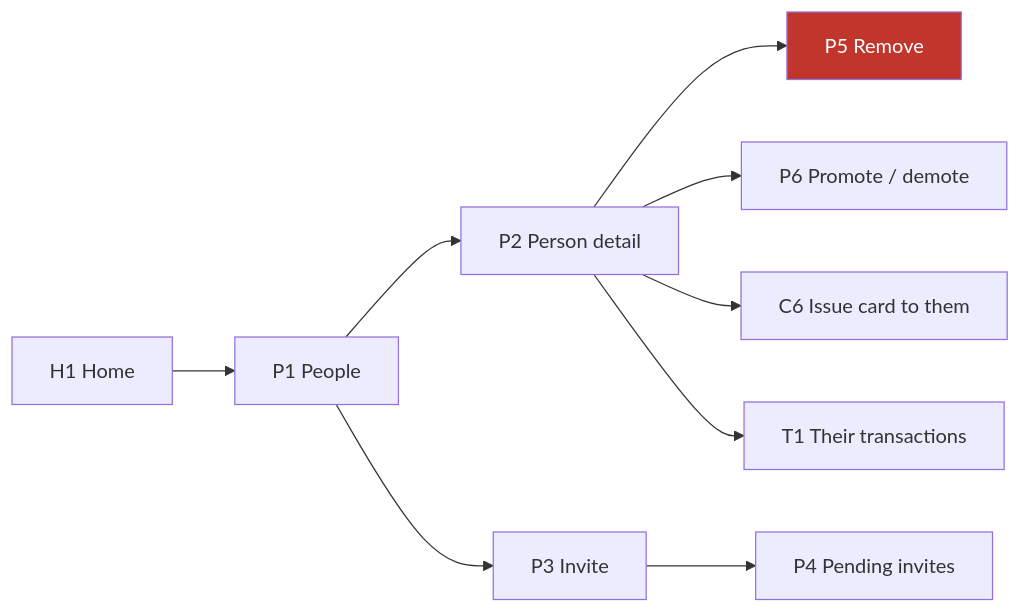
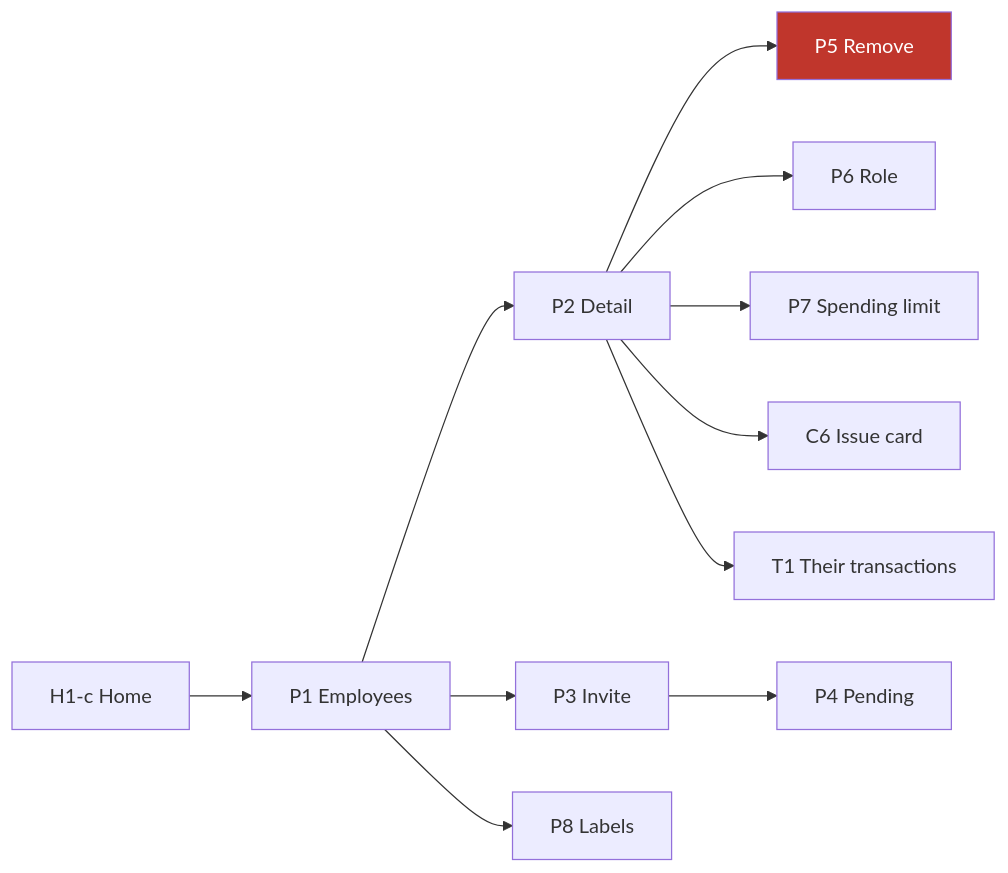
One commit to yr08ii/card-management-app changed the sixth of 10 diagrams in docs/Screens-and-flows.md. Above: the diagram before and after it, drawn with Mermaid. The commit also changed other lines of this file and 1 other file, not shown here.

First line of the commit message:
docs: reshape around Pismo object model; add partner card programs

````diff
--- a/docs/Screens-and-flows.md
+++ b/docs/Screens-and-flows.md
@@ -405,12 +384,14 @@
 ```mermaid
 flowchart LR
-    H1["H1 Home"] --> P1["P1 People"]
-    P1 --> P2["P2 Person detail"]
-    P1 --> P3["P3 Invite"] --> P4["P4 Pending invites"]
+    H["H1-c Home"] --> P1["P1 Employees"]
+    P1 --> P2["P2 Detail"]
+    P1 --> P3["P3 Invite"] --> P4["P4 Pending"]
+    P1 --> P8["P8 Labels"]
     P2 --> P5["P5 Remove"]
-    P2 --> P6["P6 Promote / demote"]
-    P2 --> C6["C6 Issue card to them"]
+    P2 --> P6["P6 Role"]
+    P2 --> P7["P7 Spending limit"]
+    P2 --> C6["C6 Issue card"]
     P2 --> T1["T1 Their transactions"]
 
     style P5 fill:#C0362C,color:#fff
 ```
````
